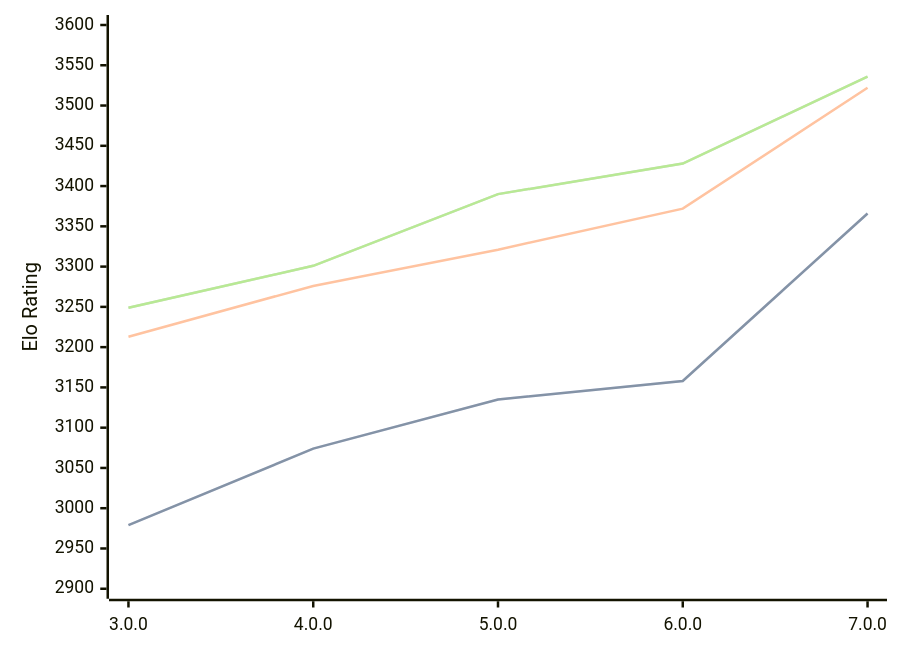
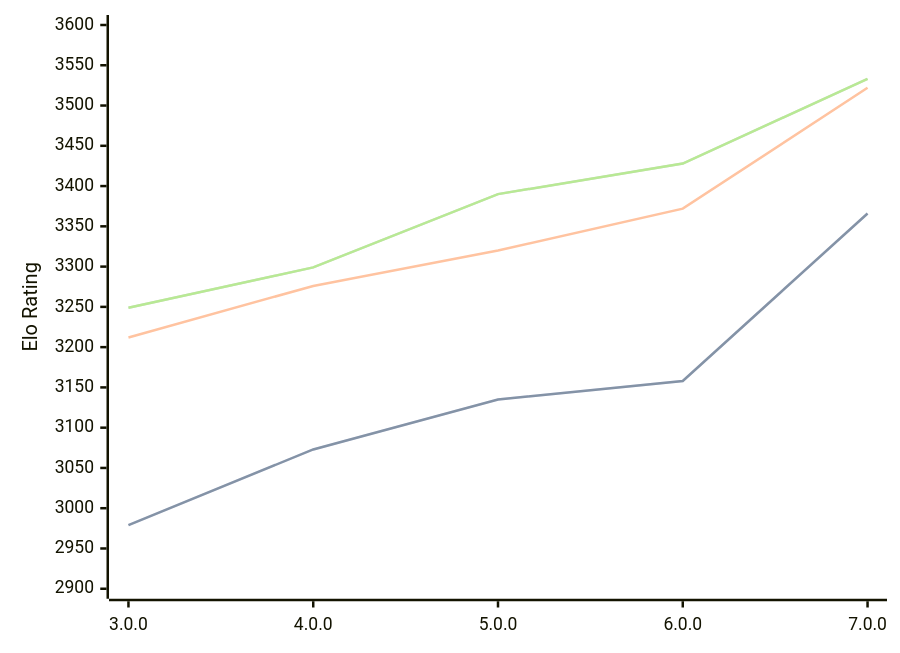
Before and after one commit to computer-chess-index/cci: the diagram in engines/Minke.md, drawn with Mermaid. The commit also changed other lines of this file, not shown here.

Commit message:
Update CCI Ratings (ELO VLTC) - 2026-09-11

````diff
--- a/engines/Minke.md
+++ b/engines/Minke.md
@@ -35,11 +35,11 @@
 ```mermaid
 %%{init: {"theme":"base","themeVariables":{"seriesColors:['#a3a3a3','#222221','#faa371']}}}%%
 xychart-beta
   x-axis ["3.0.0", "4.0.0", "5.0.0", "6.0.0", "7.0.0"]
   y-axis "Elo Rating" 2900 --> 3600
-  line "" [2979, 3074, 3135, 3158, 3366]
-  line "STC (8.0+0.08s)" [2979, 3074, 3135, 3158, 3366]
-  line "LTC (60.0+0.60s)" [3213, 3276, 3321, 3372, 3522]
-  line "" [3249, 3301, 3390, 3428, 3536]
-  line "VLTC (2m24s+1.12s)" [3249, 3301, 3390, 3428, 3536]
+  line "" [2979, 3073, 3135, 3158, 3366]
+  line "STC (8.0+0.08s)" [2979, 3073, 3135, 3158, 3366]
+  line "LTC (60.0+0.60s)" [3212, 3276, 3320, 3372, 3522]
+  line "" [3249, 3299, 3390, 3428, 3533]
+  line "VLTC (2m24s+1.12s)" [3249, 3299, 3390, 3428, 3533]
 ```
````
